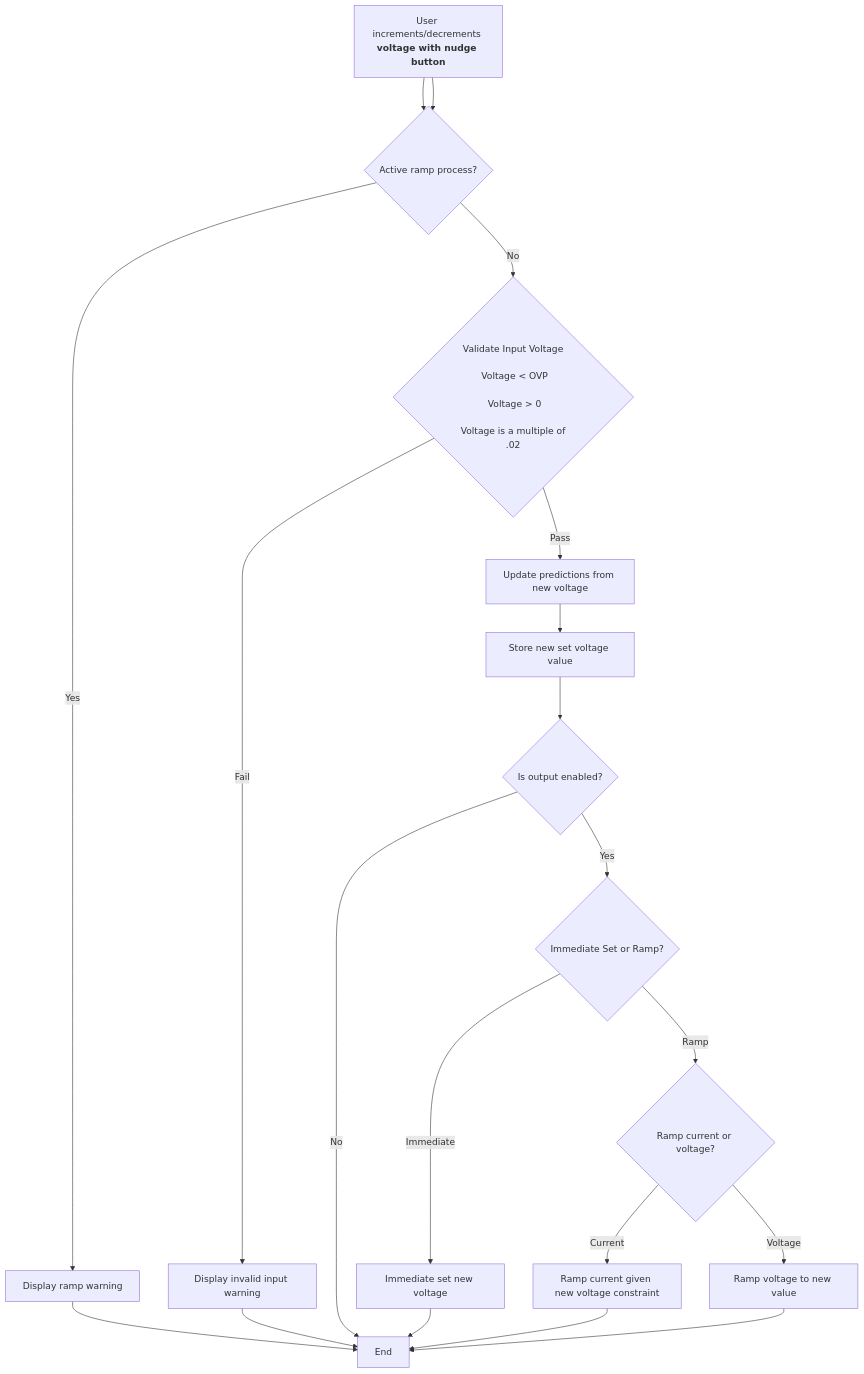
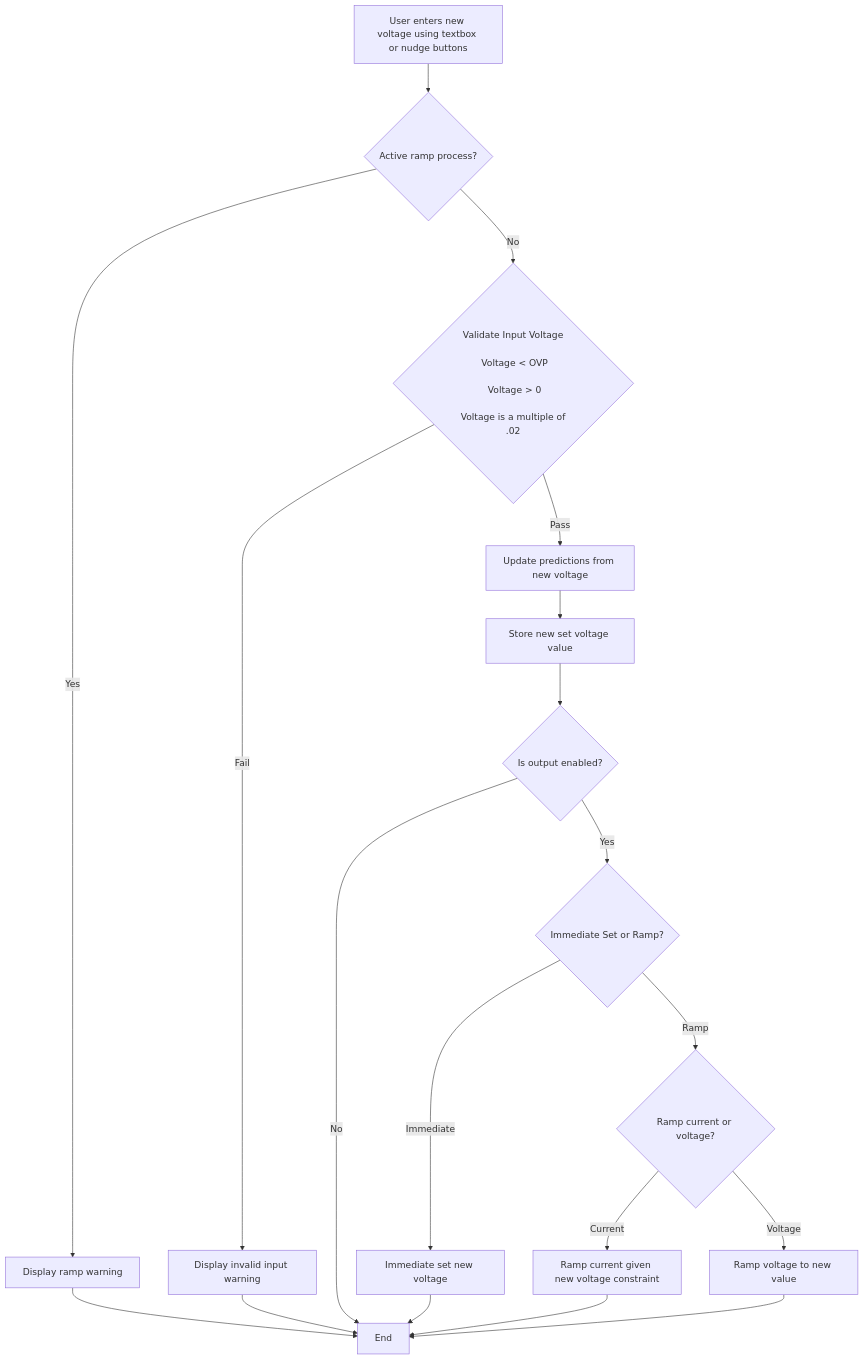
Before and after one commit to uw-loci/EBEAM_dashboard: the fourth of 4 diagrams in subsystem/cathode_heating/README.md, drawn with Mermaid. The commit also changed other lines of this file and 1 other file, not shown here.

````diff
--- a/subsystem/cathode_heating/README.md
+++ b/subsystem/cathode_heating/README.md
@@ -191,36 +190,35 @@
 ```mermaid
 flowchart TB
-    Input["User enters<b> voltage <b>using textbox"] --> ActiveRamp{"Active ramp process?"}
-    Input["User increments/decrements<b> voltage <b>with nudge button"] --> ActiveRamp
+    Input["User enters new voltage using textbox or nudge buttons"] --> ActiveRamp{"Active ramp process?"}
 
     ActiveRamp -->|No| ValidateVoltage{"Validate Input Voltage
                                         Voltage < OVP
                                         Voltage > 0
                                         Voltage is a multiple of .02"}
     ActiveRamp -->|Yes| RampWarn["Display ramp warning"]
 
     RampWarn --> End
 
     ValidateVoltage -->|Fail| DispWarn["Display invalid input warning"]
     ValidateVoltage -->|Pass| UpdatePredictions["Update predictions from new voltage"]
 
     DispWarn --> End
 
     UpdatePredictions --> StoreVoltage["Store new set voltage value"]
 
     StoreVoltage --> UpdateOutput{"Is output enabled?"}
 
     UpdateOutput -->|No| End
     UpdateOutput -->|Yes| OutputMode{"Immediate Set or Ramp?"}
 
     OutputMode -->|Immediate| SetOutput["Immediate set new voltage"]
     OutputMode -->|Ramp| RampMode{"Ramp current or voltage?"}
 
     SetOutput --> End
 
     RampMode -->|Current| RampCurrent["Ramp current given new voltage constraint"]
     RampMode -->|Voltage| RampVoltage["Ramp voltage to new value"]
 
     RampCurrent --> End
     RampVoltage --> End
 ```
````
